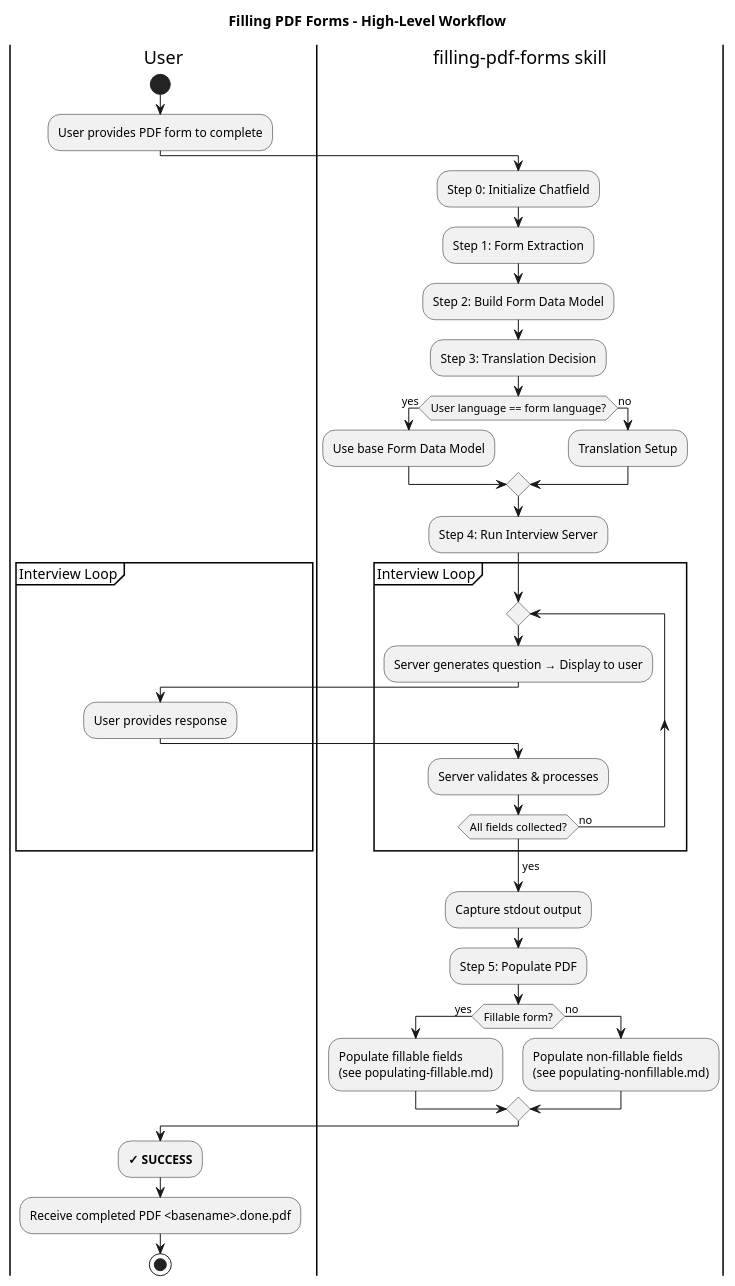
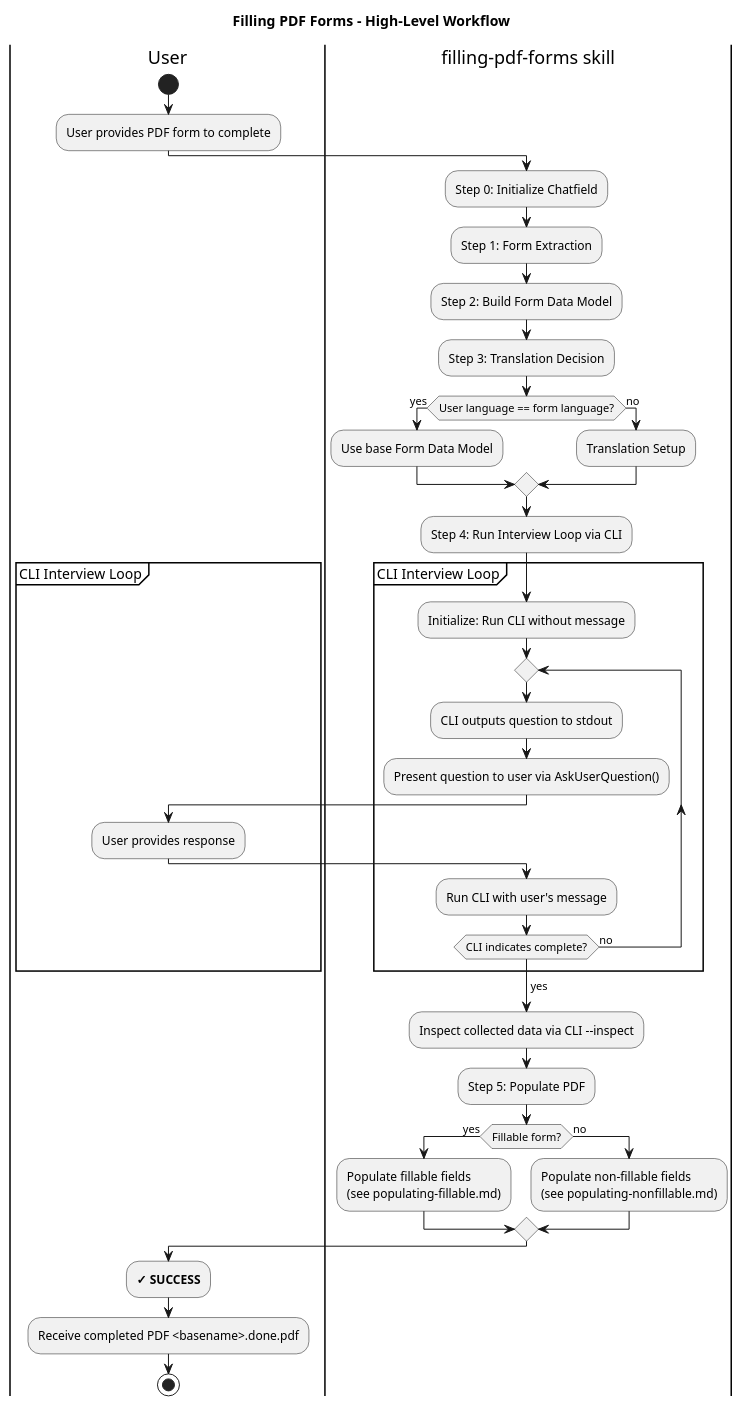
The diagram in Claude/filling-pdf-forms/skills/filling-pdf-forms/SKILL.md (jhs/Chatfield), drawn with PlantUML before and after one commit. The commit also changed other lines of this file and 6 other files, not shown here.

Commit message:
Experimental AskUserQuestion UI

````diff
--- a/Claude/filling-pdf-forms/skills/filling-pdf-forms/SKILL.md
+++ b/Claude/filling-pdf-forms/skills/filling-pdf-forms/SKILL.md
@@ -19,42 +19,44 @@
 ```plantuml
 @startuml SKILL
 title Filling PDF Forms - High-Level Workflow
 |User|
 start
 :User provides PDF form to complete;
 |filling-pdf-forms skill|
 :Step 0: Initialize Chatfield;
 :Step 1: Form Extraction;
 :Step 2: Build Form Data Model;
 :Step 3: Translation Decision;
 if (User language == form language?) then (yes)
   :Use base Form Data Model;
 else (no)
   :Translation Setup;
 endif
-:Step 4: Run Interview Server;
-partition "Interview Loop" {
+:Step 4: Run Interview Loop via CLI;
+partition "CLI Interview Loop" {
+  :Initialize: Run CLI without message;
   repeat
-    :Server generates question → Display to user;
+    :CLI outputs question to stdout;
+    :Present question to user via AskUserQuestion();
     |User|
     :User provides response;
     |filling-pdf-forms skill|
-    :Server validates & processes;
-  repeat while (All fields collected?) is (no)
+    :Run CLI with user's message;
+  repeat while (CLI indicates complete?) is (no)
   ->yes;
 }
-:Capture stdout output;
+:Inspect collected data via CLI --inspect;
 :Step 5: Populate PDF;
 if (Fillable form?) then (yes)
   :Populate fillable fields
   (see populating-fillable.md);
 else (no)
   :Populate non-fillable fields
   (see populating-nonfillable.md);
 endif
 |User|
 :**✓ SUCCESS**;
 :Receive completed PDF <basename>.done.pdf;
 stop
 @enduml
 ```
````
